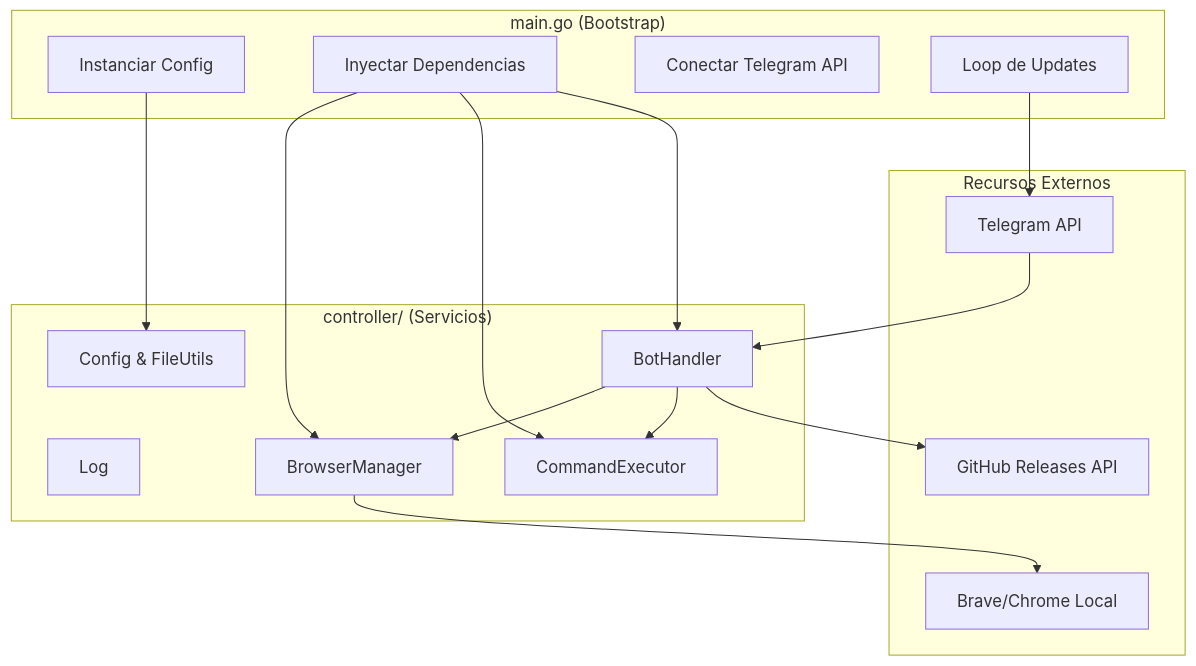
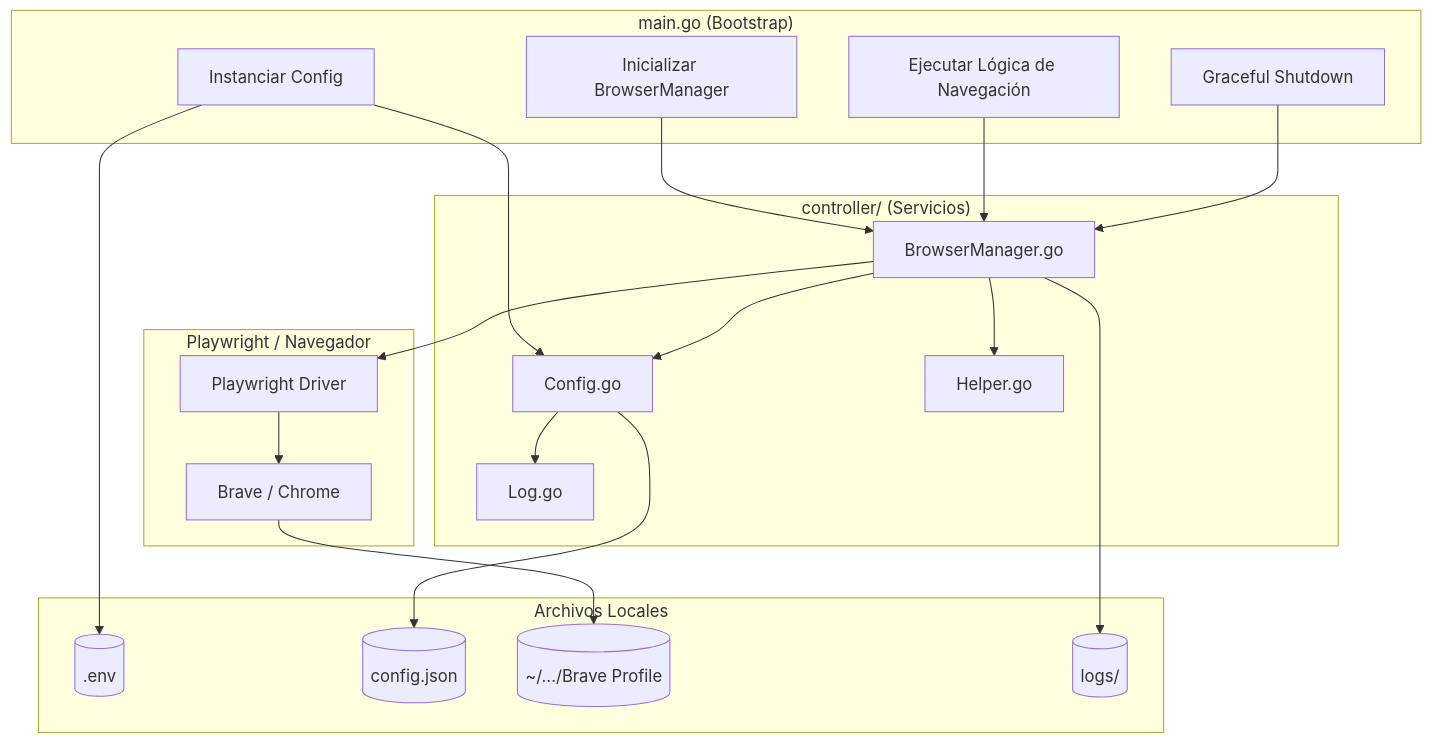
The second of 2 diagrams in README.md (MartinCiro/indeed_scrapper), drawn with Mermaid before and after one commit. The commit also changed other lines of this file and 3 other files, not shown here.

Commit message:
add: Se agg metodos para procesamiento de json y lectura de .env

````diff
--- a/README.md
+++ b/README.md
@@ -191,34 +140,42 @@
 ```mermaid
 graph TB
     subgraph "main.go (Bootstrap)"
         A[Instanciar Config]
-        B[Inyectar Dependencias]
-        C[Conectar Telegram API]
-        D[Loop de Updates]
+        B[Inicializar BrowserManager]
+        C[Ejecutar Lógica de Navegación]
+        D[Graceful Shutdown]
     end
     
     subgraph "controller/ (Servicios)"
-        E[Config & FileUtils]
-        F[Log]
-        G[BrowserManager]
-        H[CommandExecutor]
-        I[BotHandler]
+        E[Config.go]
+        F[Helper.go]
+        G[Log.go]
+        H[BrowserManager.go]
     end
     
-    subgraph "Recursos Externos"
-        J[Telegram API]
-        K[Brave/Chrome Local]
-        L[GitHub Releases API]
+    subgraph "Archivos Locales"
+        I[(.env)]
+        J[(config.json)]
+        K[(~/.../Brave Profile)]
+        L[(logs/)]
+    end
+    
+    subgraph "Playwright / Navegador"
+        M[Playwright Driver]
+        N[Brave / Chrome]
     end
     
     A --> E
-    B --> G
+    A --> I
+    E --> J
+    E --> G
     B --> H
-    B --> I
-    D --> J
-    J --> I
-    I --> G
-    I --> H
-    G --> K
-    I --> L
+    H --> E
+    H --> F
+    H --> M
+    M --> N
+    N --> K
+    C --> H
+    D --> H
+    H --> L
 ```
````
